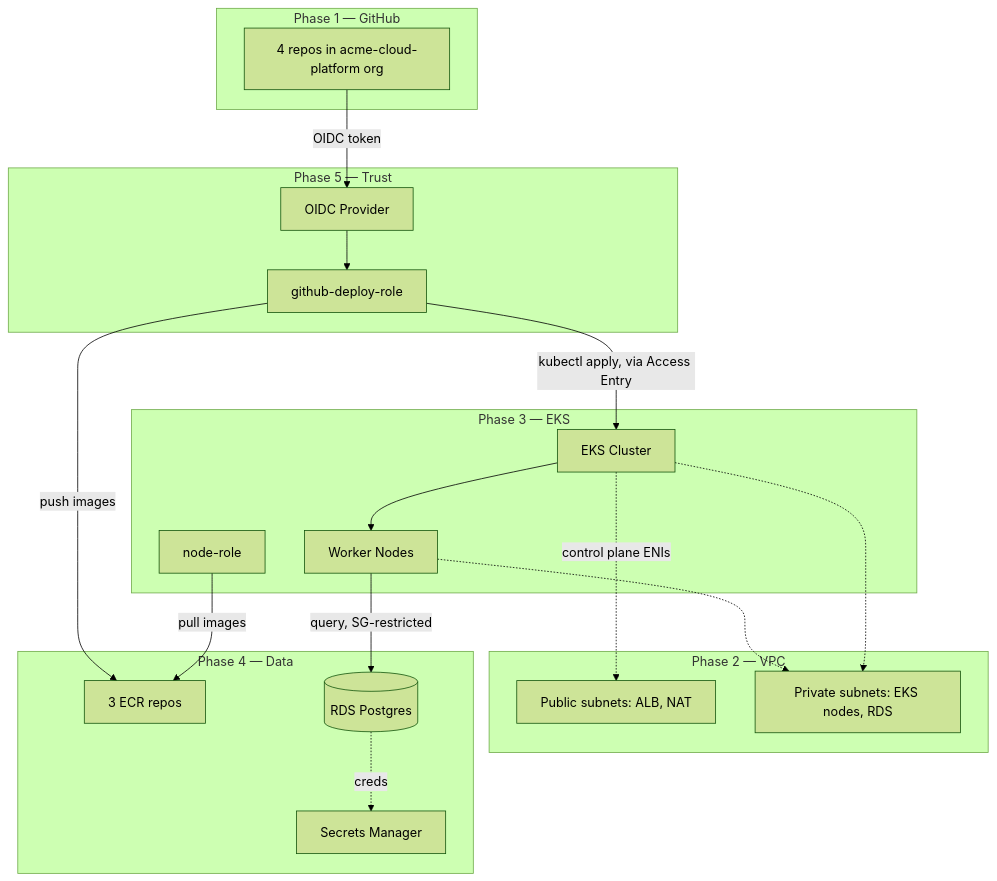
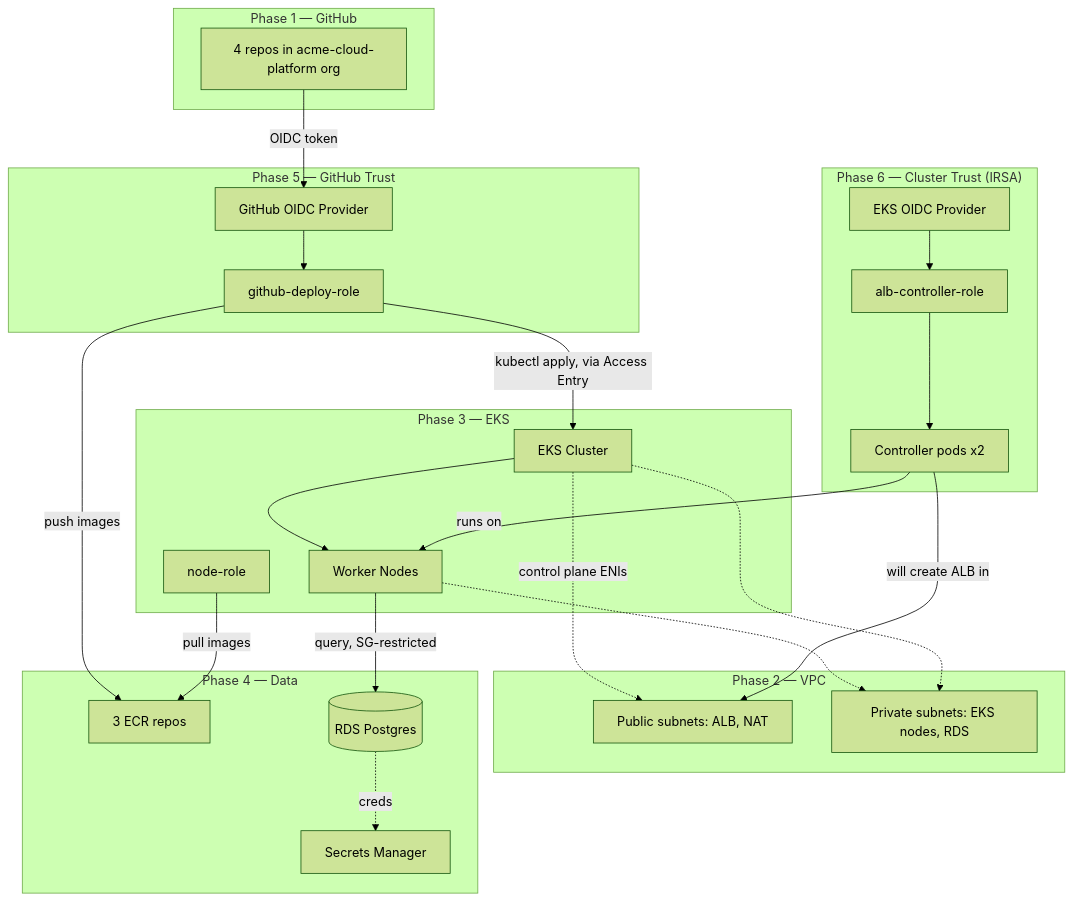
The seventh of 7 diagrams in README.md (acme-cloud-platform/platform-infrastructure), drawn with Mermaid (forest theme) before and after one commit. The commit also changed other lines of this file and 1 other file, not shown here.

Commit message:
updated readme for phase 6

````diff
--- a/README.md
+++ b/README.md
@@ -248,40 +295,50 @@
 ```mermaid
 graph TB
     subgraph GitHub["Phase 1 — GitHub"]
         Repos[4 repos in acme-cloud-platform org]
     end
 
-    subgraph OIDC["Phase 5 — Trust"]
-        Provider[OIDC Provider]
+    subgraph OIDC5["Phase 5 — GitHub Trust"]
+        Provider[GitHub OIDC Provider]
         DeployRole[github-deploy-role]
     end
 
     subgraph Network["Phase 2 — VPC"]
         Pub[Public subnets: ALB, NAT]
         Priv[Private subnets: EKS nodes, RDS]
     end
 
     subgraph Compute["Phase 3 — EKS"]
         Cluster[EKS Cluster]
         Nodes[Worker Nodes]
         NodeRole[node-role]
     end
 
     subgraph Data["Phase 4 — Data"]
         ECRRepos[3 ECR repos]
         RDS[(RDS Postgres)]
         Secret[Secrets Manager]
     end
 
+    subgraph OIDC6["Phase 6 — Cluster Trust (IRSA)"]
+        EksOidc[EKS OIDC Provider]
+        AlbRole[alb-controller-role]
+        AlbPods[Controller pods x2]
+    end
+
     Repos -->|OIDC token| Provider
     Provider --> DeployRole
     DeployRole -->|push images| ECRRepos
     DeployRole -->|kubectl apply, via Access Entry| Cluster
     NodeRole -->|pull images| ECRRepos
     Nodes -->|query, SG-restricted| RDS
     RDS -.creds.-> Secret
     Cluster --> Nodes
     Nodes -.-> Priv
     Cluster -.control plane ENIs.-> Pub
     Cluster -.-> Priv
+    EksOidc --> AlbRole
+    AlbRole --> AlbPods
+    AlbPods -->|runs on| Nodes
+    AlbPods -->|will create ALB in| Pub
 ```
````
